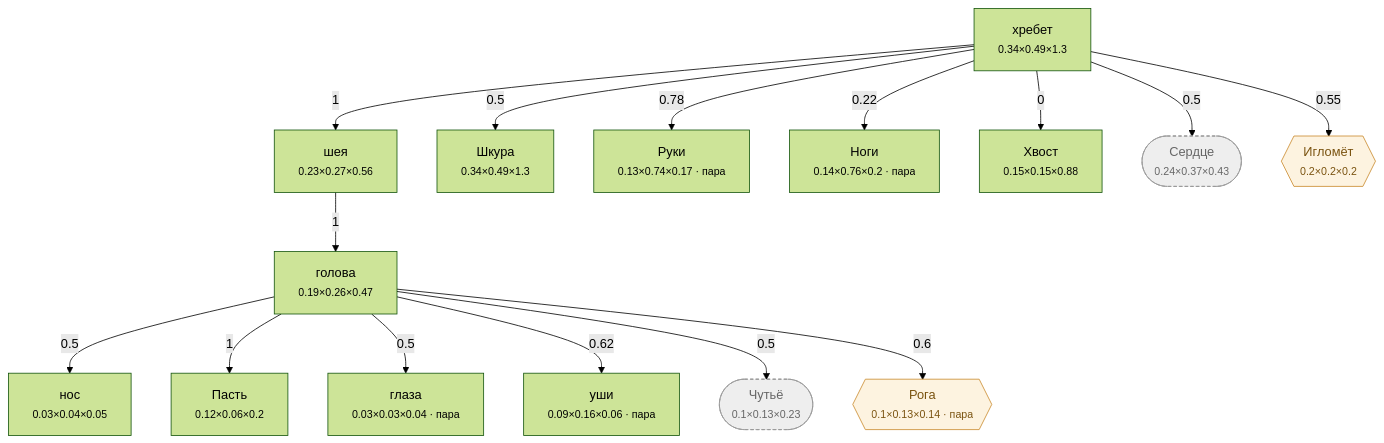
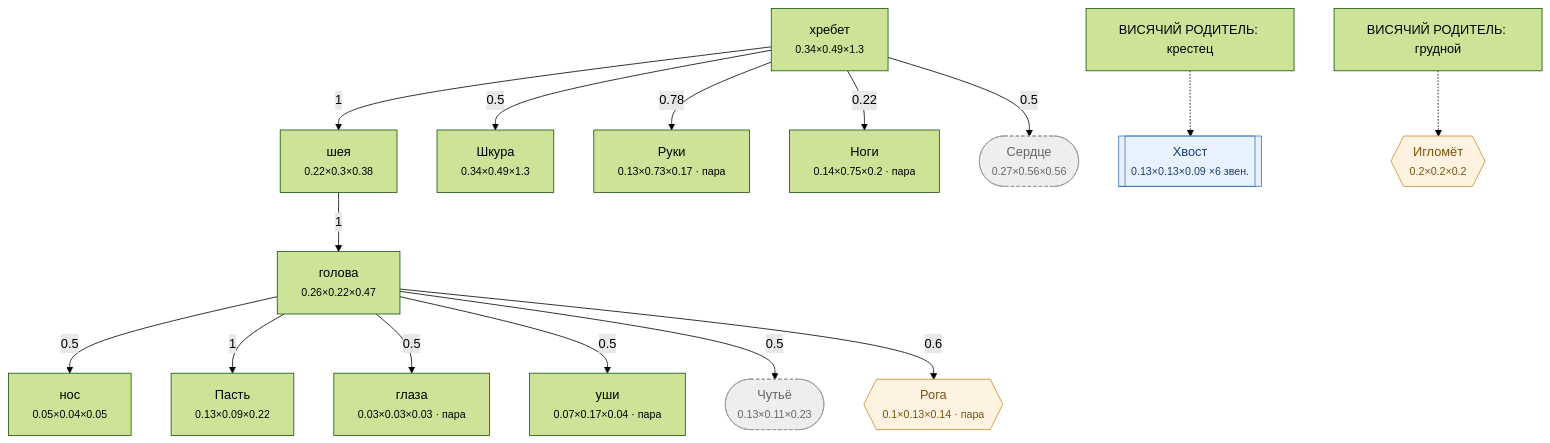
The diagram in Docs/Диаграммы/Волк.md (darklordshish/ChimeraEvolution-2026-06-26_15-29-59), drawn with Mermaid (forest theme) before and after one commit. The commit also changed other lines of this file and 15 other files, not shown here.

````diff
--- a/Docs/Диаграммы/Волк.md
+++ b/Docs/Диаграммы/Волк.md
@@ -23,39 +23,40 @@
 ```mermaid
 flowchart TD
     n0["хребет<br/><small>0.34×0.49×1.3</small>"]
-    n1["нос<br/><small>0.03×0.04×0.05</small>"]
-    n2["голова<br/><small>0.19×0.26×0.47</small>"]
-    n3["Пасть<br/><small>0.12×0.06×0.2</small>"]
-    n4["глаза<br/><small>0.03×0.03×0.04 · пара</small>"]
-    n5["уши<br/><small>0.09×0.16×0.06 · пара</small>"]
-    n6["шея<br/><small>0.23×0.27×0.56</small>"]
+    n1["нос<br/><small>0.05×0.04×0.05</small>"]
+    n2["голова<br/><small>0.26×0.22×0.47</small>"]
+    n3["Пасть<br/><small>0.13×0.09×0.22</small>"]
+    n4["глаза<br/><small>0.03×0.03×0.03 · пара</small>"]
+    n5["уши<br/><small>0.07×0.17×0.04 · пара</small>"]
+    n6["шея<br/><small>0.22×0.3×0.38</small>"]
     n7["Шкура<br/><small>0.34×0.49×1.3</small>"]
-    n8["Руки<br/><small>0.13×0.74×0.17 · пара</small>"]
-    n9["Ноги<br/><small>0.14×0.76×0.2 · пара</small>"]
-    n10["Хвост<br/><small>0.15×0.15×0.88</small>"]
-    n11(["Сердце<br/><small>0.24×0.37×0.43</small>"])
-    n12(["Чутьё<br/><small>0.1×0.13×0.23</small>"])
+    n8["Руки<br/><small>0.13×0.73×0.17 · пара</small>"]
+    n9["Ноги<br/><small>0.14×0.75×0.2 · пара</small>"]
+    n10[["Хвост<br/><small>0.13×0.13×0.09 ×6 звен.</small>"]]
+    n11(["Сердце<br/><small>0.27×0.56×0.56</small>"])
+    n12(["Чутьё<br/><small>0.13×0.11×0.23</small>"])
     n13{{"Рога<br/><small>0.1×0.13×0.14 · пара</small>"}}
     n14{{"Игломёт<br/><small>0.2×0.2×0.2</small>"}}
 
     n2 -->|0.5| n1
     n6 -->|1| n2
     n2 -->|1| n3
     n2 -->|0.5| n4
-    n2 -->|0.62| n5
+    n2 -->|0.5| n5
     n0 -->|1| n6
     n0 -->|0.5| n7
     n0 -->|0.78| n8
     n0 -->|0.22| n9
-    n0 -->|0| n10
+    broken_n10["ВИСЯЧИЙ РОДИТЕЛЬ: крестец"] -.-> n10
     n0 -->|0.5| n11
     n2 -->|0.5| n12
     n2 -->|0.6| n13
-    n0 -->|0.55| n14
+    broken_n14["ВИСЯЧИЙ РОДИТЕЛЬ: грудной"] -.-> n14
 
     classDef hid fill:#eee,stroke:#999,stroke-dasharray:4 3,color:#666
     classDef gr fill:#fdf3e0,stroke:#c98a2b,color:#7a5310
     classDef ch fill:#e8f2ff,stroke:#3b74c4,color:#1c3f70
     class n11,n12 hid
     class n13,n14 gr
+    class n10 ch
 ```
````
